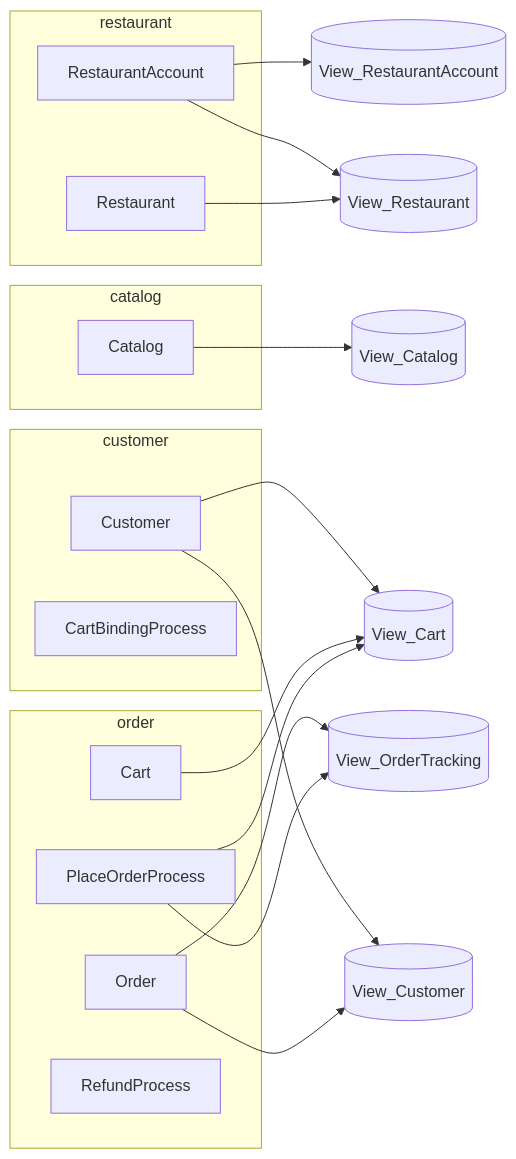
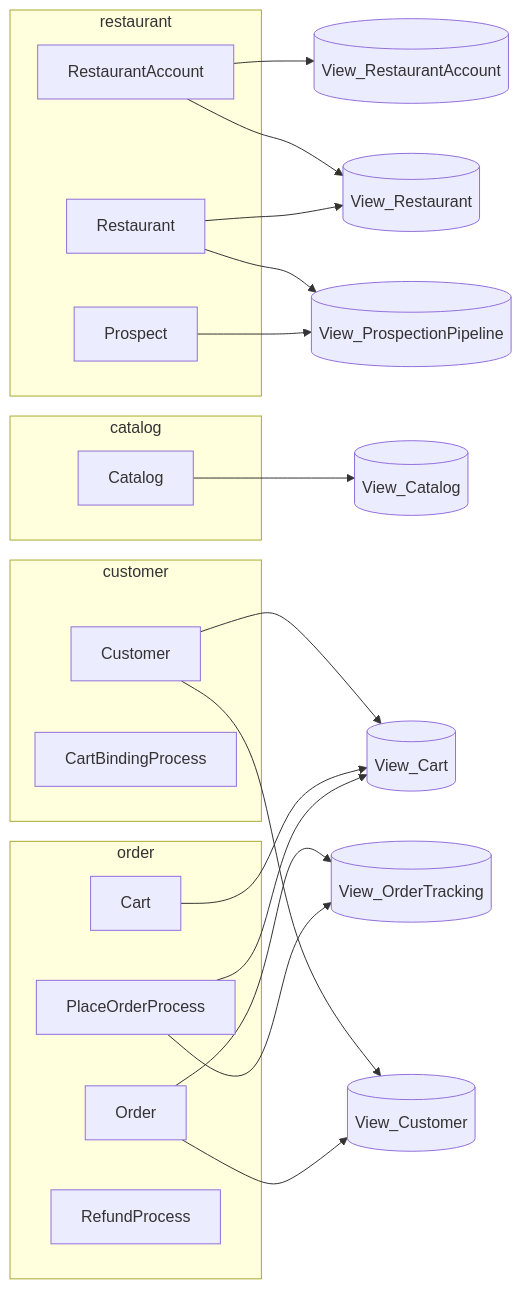
One commit to TheCaptainCompany/captain-food changed the second of 5 diagrams in specs/generated/c4.generated.md. Above: the diagram before and after it, drawn with Mermaid. The commit also changed other lines of this file and 21 other files, not shown here.

````diff
--- a/specs/generated/c4.generated.md
+++ b/specs/generated/c4.generated.md
@@ -56,37 +62,41 @@
 ```mermaid
 flowchart LR
   subgraph g_restaurant["restaurant"]
     a_RestaurantAccount["RestaurantAccount"]
     a_Restaurant["Restaurant"]
+    a_Prospect["Prospect"]
   end
   subgraph g_catalog["catalog"]
     a_Catalog["Catalog"]
   end
   subgraph g_order["order"]
     a_Cart["Cart"]
     a_Order["Order"]
     a_PlaceOrderProcess["PlaceOrderProcess"]
     a_RefundProcess["RefundProcess"]
   end
   subgraph g_customer["customer"]
     a_Customer["Customer"]
     a_CartBindingProcess["CartBindingProcess"]
   end
   v_View_RestaurantAccount[("View_RestaurantAccount")]
   v_View_Restaurant[("View_Restaurant")]
+  v_View_ProspectionPipeline[("View_ProspectionPipeline")]
   v_View_Catalog[("View_Catalog")]
   v_View_Customer[("View_Customer")]
   v_View_Cart[("View_Cart")]
   v_View_OrderTracking[("View_OrderTracking")]
   a_RestaurantAccount --> v_View_RestaurantAccount
   a_RestaurantAccount --> v_View_Restaurant
   a_Restaurant --> v_View_Restaurant
+  a_Restaurant --> v_View_ProspectionPipeline
+  a_Prospect --> v_View_ProspectionPipeline
   a_Catalog --> v_View_Catalog
   a_Customer --> v_View_Customer
   a_Customer --> v_View_Cart
   a_Cart --> v_View_Cart
   a_Order --> v_View_OrderTracking
   a_Order --> v_View_Customer
   a_PlaceOrderProcess --> v_View_OrderTracking
   a_PlaceOrderProcess --> v_View_Cart
 ```
````
